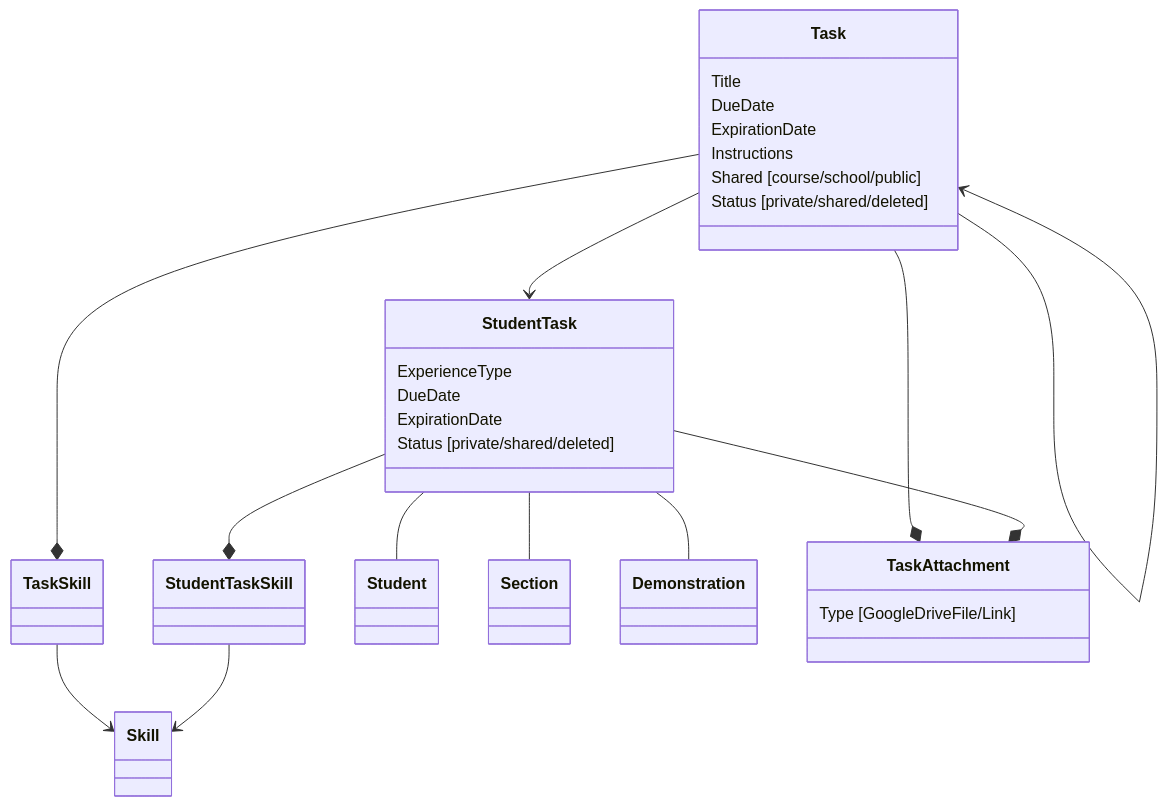
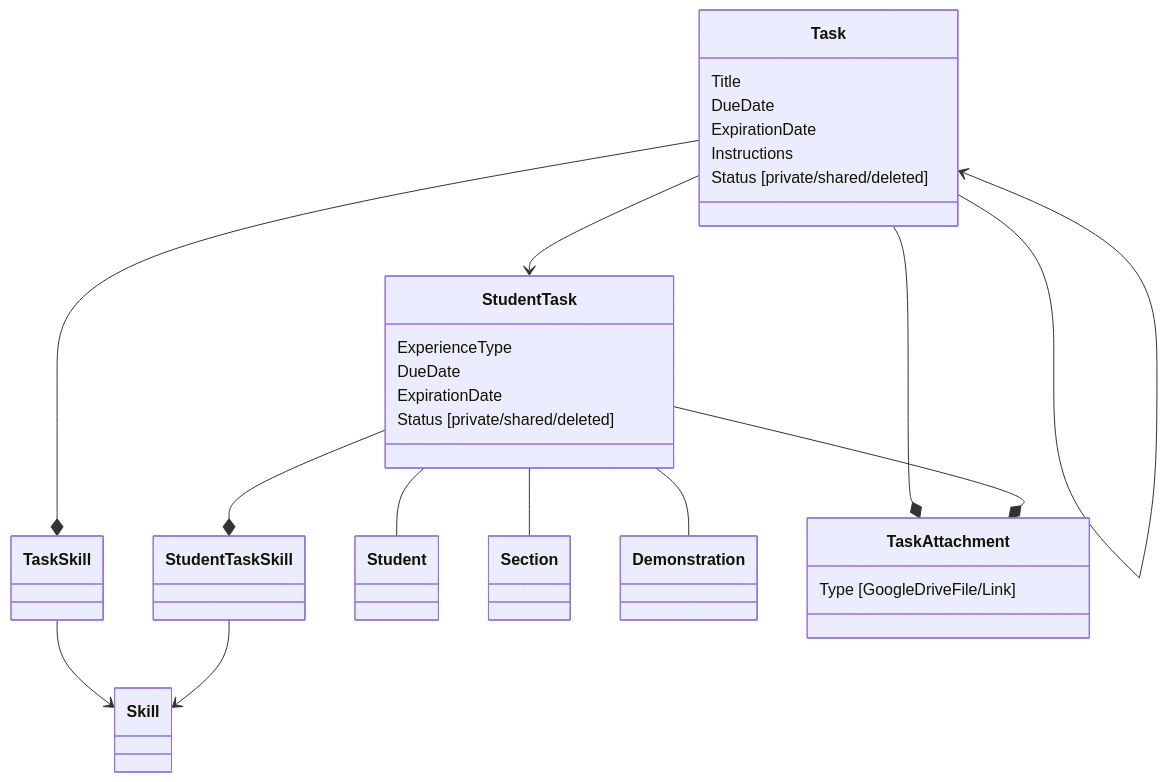
One commit to SlateFoundation/slate-cbl changed the diagram in docs/legacy-docs/data/tasks.md. Above: the diagram before and after it, drawn with Mermaid.

Commit message:
fix: remove Shared field from data docs

````diff
--- a/docs/legacy-docs/data/tasks.md
+++ b/docs/legacy-docs/data/tasks.md
@@ -3,30 +3,29 @@
 ```mermaid
 classDiagram
 
 Task --> Task
 Task --* TaskSkill
 TaskSkill --> Skill
 Task --> StudentTask
 StudentTask --* StudentTaskSkill
 StudentTask -- Student
 StudentTask -- Section
 StudentTask -- Demonstration
 StudentTaskSkill --> Skill
 Task --* TaskAttachment
 StudentTask --* TaskAttachment
 
 Task : Title
 Task : DueDate
 Task : ExpirationDate
 Task : Instructions
-Task : Shared [course/school/public]
 Task : Status [private/shared/deleted]
 
 StudentTask : ExperienceType
 StudentTask : DueDate
 StudentTask : ExpirationDate
 StudentTask : Status [private/shared/deleted]
 
 TaskAttachment : Type [GoogleDriveFile/Link]
 
 ```
````
